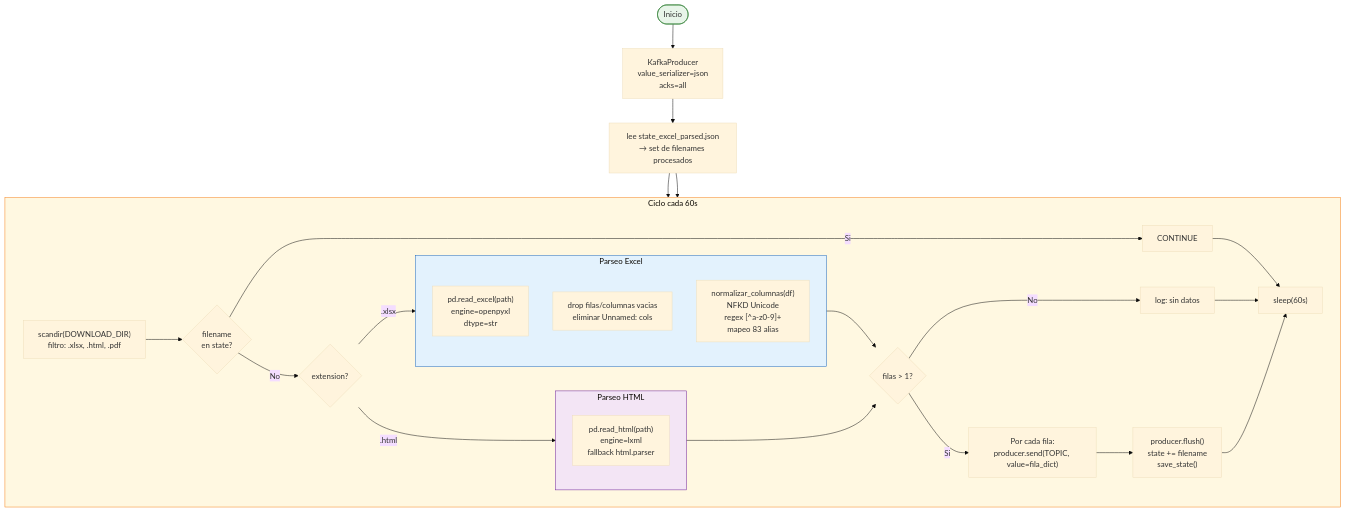
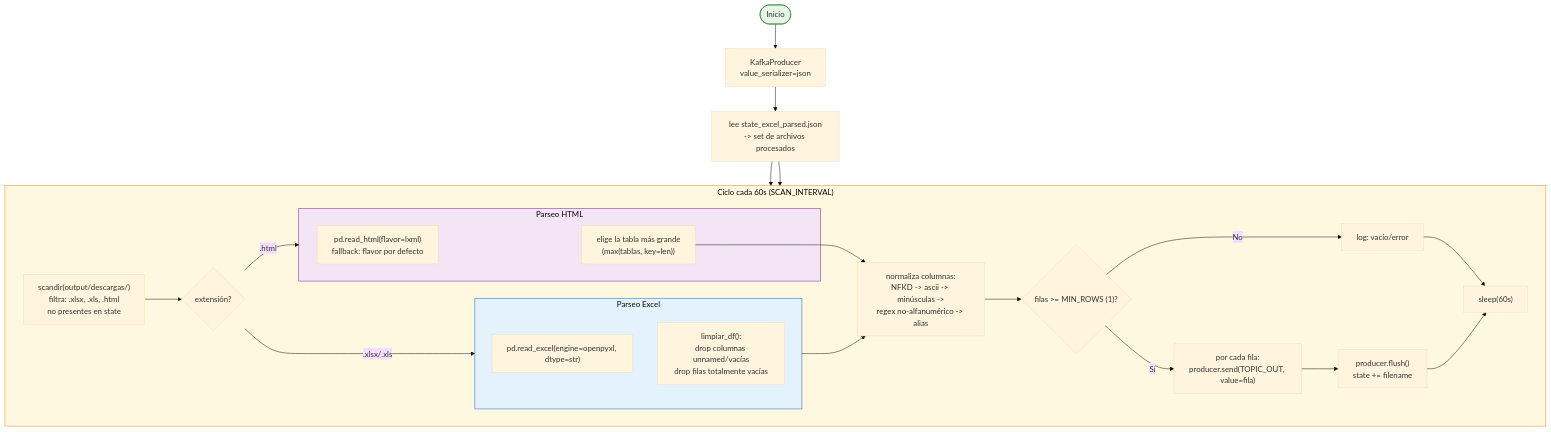
One commit to AlessandroPastor/BigData changed the diagram in docs/componentes/consumer-parser.md. Above: the diagram before and after it, drawn with Mermaid (base theme). The commit also changed other lines of this file and 28 other files, not shown here.

````diff
--- a/docs/componentes/consumer-parser.md
+++ b/docs/componentes/consumer-parser.md
@@ -17,46 +17,44 @@
 ```mermaid
 flowchart TD
-    START([Inicio]) --> INIT["KafkaProducer\nvalue_serializer=json\nacks=all"]
-    INIT --> LOAD_STATE["lee state_excel_parsed.json\n→ set de filenames procesados"]
+    START([Inicio]) --> INIT["KafkaProducer\nvalue_serializer=json"]
+    INIT --> LOAD_STATE["lee state_excel_parsed.json\n-> set de archivos procesados"]
     LOAD_STATE --> LOOP
 
-    subgraph LOOP["Ciclo cada 60s"]
-        SCAN["scandir(DOWNLOAD_DIR)\nfiltro: .xlsx, .html, .pdf"]
-        CHECK{"filename\nen state?"}
-        SKIP["CONTINUE"]
-        TYPE{"extension?"}
+    subgraph LOOP["Ciclo cada 60s (SCAN_INTERVAL)"]
+        SCAN["scandir(output/descargas/)\nfiltra: .xlsx, .xls, .html\nno presentes en state"]
+        TYPE{"extensión?"}
 
         subgraph XLSX["Parseo Excel"]
-            READ_XL["pd.read_excel(path)\nengine=openpyxl\ndtype=str"]
-            CLEAN_XL["drop filas/columnas vacias\neliminar Unnamed: cols"]
-            NORM["normalizar_columnas(df)\nNFKD Unicode\nregex [^a-z0-9]+\nmapeo 83 alias"]
+            READ_XL["pd.read_excel(engine=openpyxl, dtype=str)"]
+            CLEAN_XL["limpiar_df():\ndrop columnas unnamed/vacías\ndrop filas totalmente vacías"]
         end
 
         subgraph HTML["Parseo HTML"]
-            READ_HTML["pd.read_html(path)\nengine=lxml\nfallback html.parser"]
+            READ_HTML["pd.read_html(flavor=lxml)\nfallback: flavor por defecto"]
+            PICK["elige la tabla más grande\n(max(tablas, key=len))"]
         end
 
-        VALIDATE{"filas > 1?"}
-        SKIP2["log: sin datos"]
-        PUBLISH["Por cada fila:\nproducer.send(TOPIC, value=fila_dict)"]
-        FLUSH["producer.flush()\nstate += filename\nsave_state()"]
+        NORM["normaliza columnas:\nNFKD -> ascii -> minúsculas ->\nregex no-alfanumérico -> alias"]
+        VALIDATE{"filas >= MIN_ROWS (1)?"}
+        SKIP["log: vacío/error"]
+        PUBLISH["por cada fila:\nproducer.send(TOPIC_OUT, value=fila)"]
+        FLUSH["producer.flush()\nstate += filename"]
         SLEEP["sleep(60s)"]
 
-        SCAN --> CHECK
-        CHECK -->|"Si"| SKIP --> SLEEP
-        CHECK -->|"No"| TYPE
-        TYPE -->|".xlsx"| XLSX
+        SCAN --> TYPE
+        TYPE -->|".xlsx/.xls"| XLSX
         TYPE -->|".html"| HTML
-        XLSX --> VALIDATE
-        HTML --> VALIDATE
-        VALIDATE -->|"No"| SKIP2 --> SLEEP
-        VALIDATE -->|"Si"| PUBLISH --> FLUSH --> SLEEP
+        XLSX --> NORM
+        HTML --> PICK --> NORM
+        NORM --> VALIDATE
+        VALIDATE -->|"No"| SKIP --> SLEEP
+        VALIDATE -->|"Sí"| PUBLISH --> FLUSH --> SLEEP
     end
 
     LOAD_STATE --> LOOP
 
     style START fill:#E8F5E9,stroke:#2E7D32
     style LOOP fill:#FFF8E1,stroke:#F57F17
     style XLSX fill:#E3F2FD,stroke:#1565C0
     style HTML fill:#F3E5F5,stroke:#6A1B9A
 ```
````
